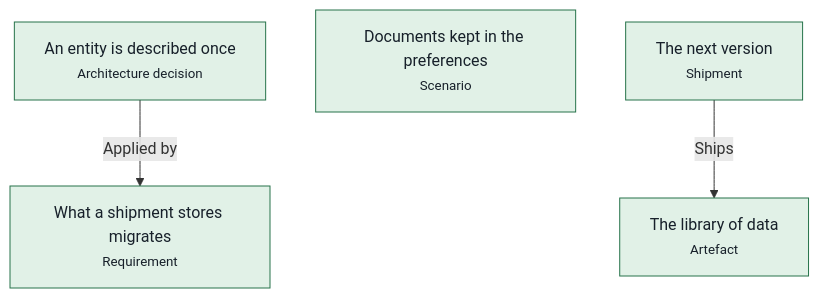
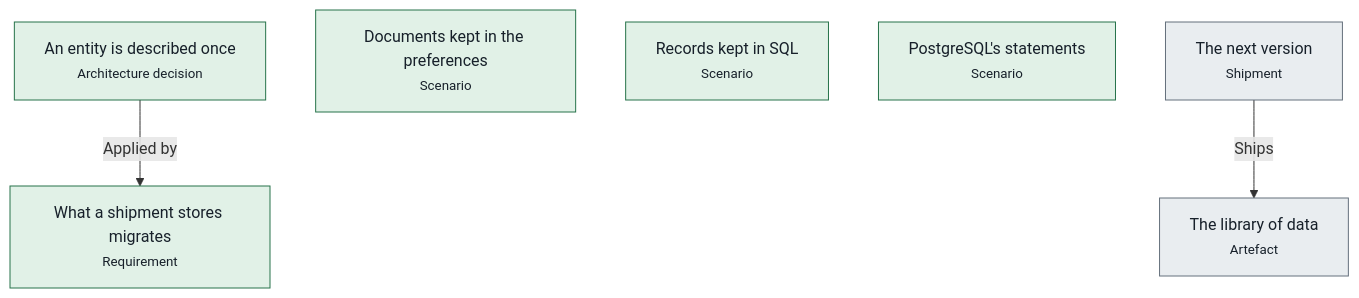
Before and after one commit to advancedcognitivesystems-ai/trame: the diagram in libs/data/docs/pipelines.md, drawn with Mermaid. The commit also changed other lines of this file and 34 other files, not shown here.

First line of the commit message:
data: records in SQL, the SQL of tables, and only a deployment keeps a description

````diff
--- a/libs/data/docs/pipelines.md
+++ b/libs/data/docs/pipelines.md
@@ -13,15 +13,17 @@
 ```mermaid
 flowchart TB
-  n0["The library of data<br/><small>Artefact</small>"]:::held
+  n0["The library of data<br/><small>Artefact</small>"]:::unknown
   n1["An entity is described once<br/><small>Architecture decision</small>"]:::held
   n2["Documents kept in the preferences<br/><small>Scenario</small>"]:::held
-  n3["What a shipment stores migrates<br/><small>Requirement</small>"]:::held
-  n4["The next version<br/><small>Shipment</small>"]:::held
-  n1 -->|Applied by| n3
-  n4 -->|Ships| n0
+  n3["Records kept in SQL<br/><small>Scenario</small>"]:::held
+  n4["PostgreSQL's statements<br/><small>Scenario</small>"]:::held
+  n5["What a shipment stores migrates<br/><small>Requirement</small>"]:::held
+  n6["The next version<br/><small>Shipment</small>"]:::unknown
+  n1 -->|Applied by| n5
+  n6 -->|Ships| n0
   classDef held fill:#e1f1e7,stroke:#26734a,color:#17202a
   classDef blocked fill:#fbf0d9,stroke:#9a6200,color:#17202a
   classDef violated fill:#f9e3e1,stroke:#ad2a22,color:#17202a
   classDef unknown fill:#e9edf0,stroke:#65707c,color:#17202a
   classDef neutral fill:#ffffff,stroke:#5a6672,color:#17202a
 ```
````
